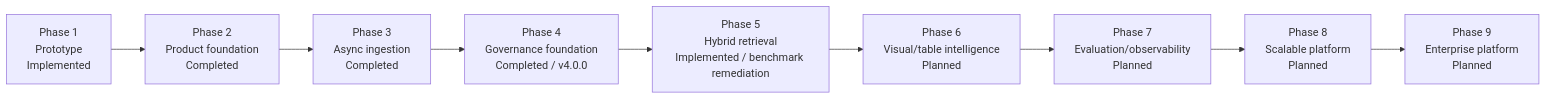
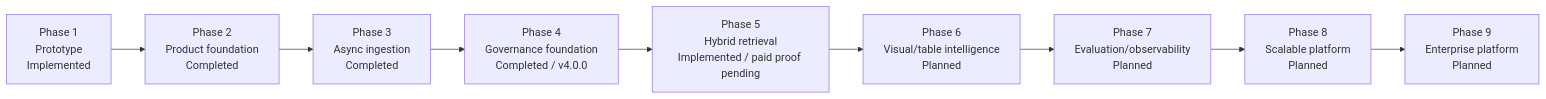
The second of 11 diagrams in mm-rag-full-stack-genai-bootcamp-3.0/docs/architecture/ARCHITECTURE.md (mvyas412/ai-projects), drawn with Mermaid before and after one commit. The commit also changed other lines of this file and 19 other files, not shown here.

Commit message:
feat(mm-rag): implement Phase 5 benchmark remediation

````diff
--- a/mm-rag-full-stack-genai-bootcamp-3.0/docs/architecture/ARCHITECTURE.md
+++ b/mm-rag-full-stack-genai-bootcamp-3.0/docs/architecture/ARCHITECTURE.md
@@ -165,12 +166,12 @@
 ```mermaid
 flowchart LR
     p1["Phase 1<br/>Prototype<br/>Implemented"] -->
     p2["Phase 2<br/>Product foundation<br/>Completed"] -->
     p3["Phase 3<br/>Async ingestion<br/>Completed"] -->
     p4["Phase 4<br/>Governance foundation<br/>Completed / v4.0.0"] -->
-    p5["Phase 5<br/>Hybrid retrieval<br/>Implemented / benchmark remediation"] -->
+    p5["Phase 5<br/>Hybrid retrieval<br/>Implemented / paid proof pending"] -->
     p6["Phase 6<br/>Visual/table intelligence<br/>Planned"] -->
     p7["Phase 7<br/>Evaluation/observability<br/>Planned"] -->
     p8["Phase 8<br/>Scalable platform<br/>Planned"] -->
     p9["Phase 9<br/>Enterprise platform<br/>Planned"]
 ```
````
